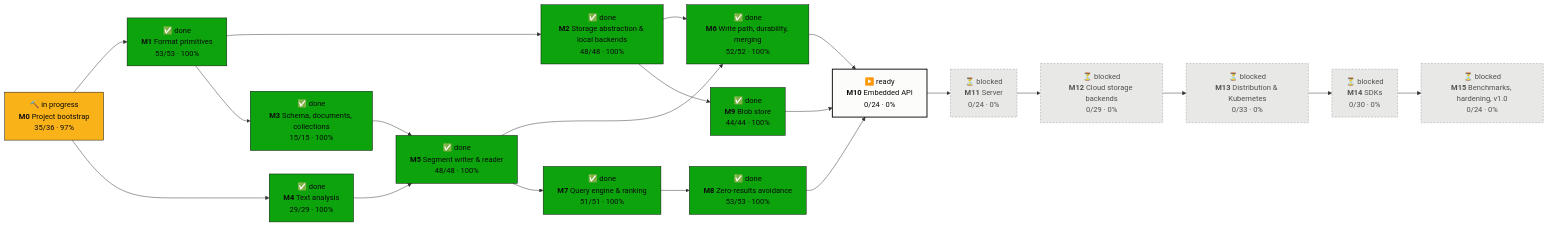
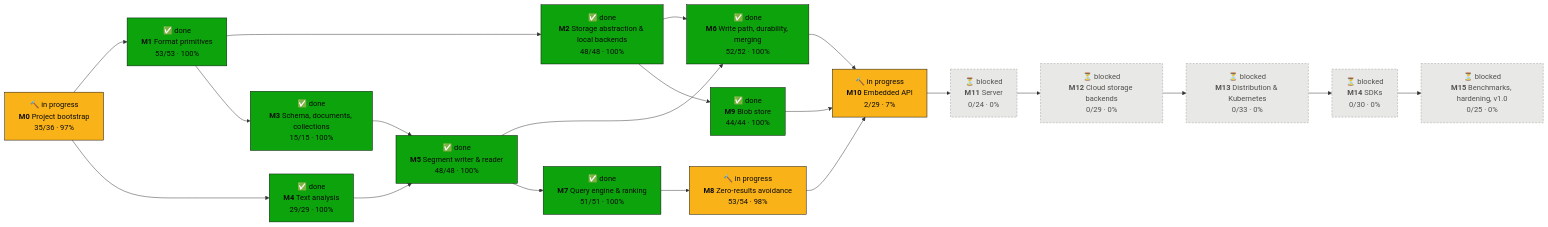
The first of 2 diagrams in PROGRESS.md (tomiok/persiaDB), drawn with Mermaid before and after one commit. The commit also changed other lines of this file and 61 other files, not shown here.

First line of the commit message:
Engine: request JSON, cursor token, proximity, per-database block cache and mapped read-only handles (ROADMAP 10.1.10, 10.1.7; engine side of 10.2.4/10.2.5) (#127)

````diff
--- a/PROGRESS.md
+++ b/PROGRESS.md
@@ -16,42 +16,42 @@
 ```mermaid
 flowchart LR
   M0["🔨 in progress<br/><b>M0</b> Project bootstrap<br/>35/36 · 97%"]:::doing
   M1["✅ done<br/><b>M1</b> Format primitives<br/>53/53 · 100%"]:::done
   M2["✅ done<br/><b>M2</b> Storage abstraction & local backends<br/>48/48 · 100%"]:::done
   M3["✅ done<br/><b>M3</b> Schema, documents, collections<br/>15/15 · 100%"]:::done
   M4["✅ done<br/><b>M4</b> Text analysis<br/>29/29 · 100%"]:::done
   M5["✅ done<br/><b>M5</b> Segment writer & reader<br/>48/48 · 100%"]:::done
   M6["✅ done<br/><b>M6</b> Write path, durability, merging<br/>52/52 · 100%"]:::done
   M7["✅ done<br/><b>M7</b> Query engine & ranking<br/>51/51 · 100%"]:::done
-  M8["✅ done<br/><b>M8</b> Zero-results avoidance<br/>53/53 · 100%"]:::done
+  M8["🔨 in progress<br/><b>M8</b> Zero-results avoidance<br/>53/54 · 98%"]:::doing
   M9["✅ done<br/><b>M9</b> Blob store<br/>44/44 · 100%"]:::done
-  M10["▶️ ready<br/><b>M10</b> Embedded API<br/>0/24 · 0%"]:::ready
+  M10["🔨 in progress<br/><b>M10</b> Embedded API<br/>2/29 · 7%"]:::doing
   M11["⏳ blocked<br/><b>M11</b> Server<br/>0/24 · 0%"]:::blocked
   M12["⏳ blocked<br/><b>M12</b> Cloud storage backends<br/>0/29 · 0%"]:::blocked
   M13["⏳ blocked<br/><b>M13</b> Distribution & Kubernetes<br/>0/33 · 0%"]:::blocked
   M14["⏳ blocked<br/><b>M14</b> SDKs<br/>0/30 · 0%"]:::blocked
-  M15["⏳ blocked<br/><b>M15</b> Benchmarks, hardening, v1.0<br/>0/24 · 0%"]:::blocked
+  M15["⏳ blocked<br/><b>M15</b> Benchmarks, hardening, v1.0<br/>0/25 · 0%"]:::blocked
   M0 --> M1
   M1 --> M2
   M1 --> M3
   M0 --> M4
   M3 --> M5
   M4 --> M5
   M2 --> M6
   M5 --> M6
   M5 --> M7
   M7 --> M8
   M2 --> M9
   M6 --> M10
   M8 --> M10
   M9 --> M10
   M10 --> M11
   M11 --> M12
   M12 --> M13
   M13 --> M14
   M14 --> M15
   classDef done fill:#0ca30c,stroke:#0b0b0b,color:#0b0b0b
   classDef doing fill:#fab219,stroke:#0b0b0b,color:#0b0b0b
   classDef ready fill:#fcfcfb,stroke:#0b0b0b,stroke-width:2px,color:#0b0b0b
   classDef blocked fill:#e8e8e6,stroke:#9a9a96,stroke-dasharray:4 3,color:#52514e
 ```
````
